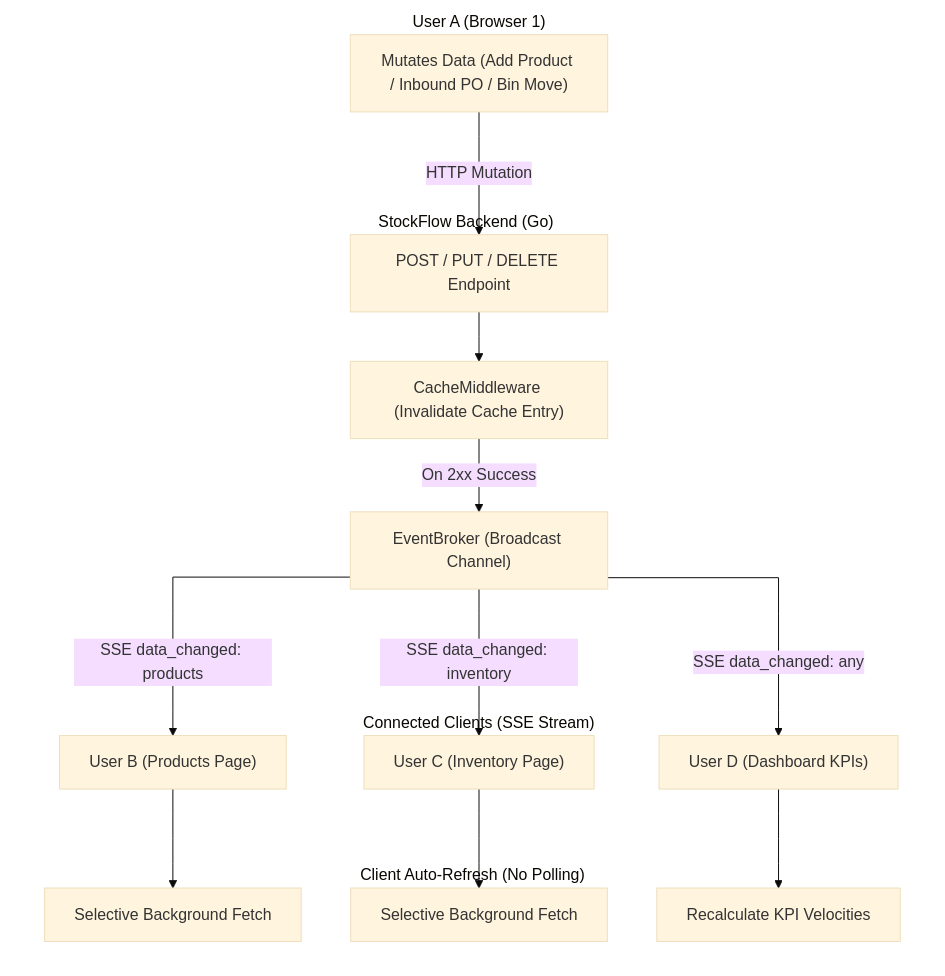
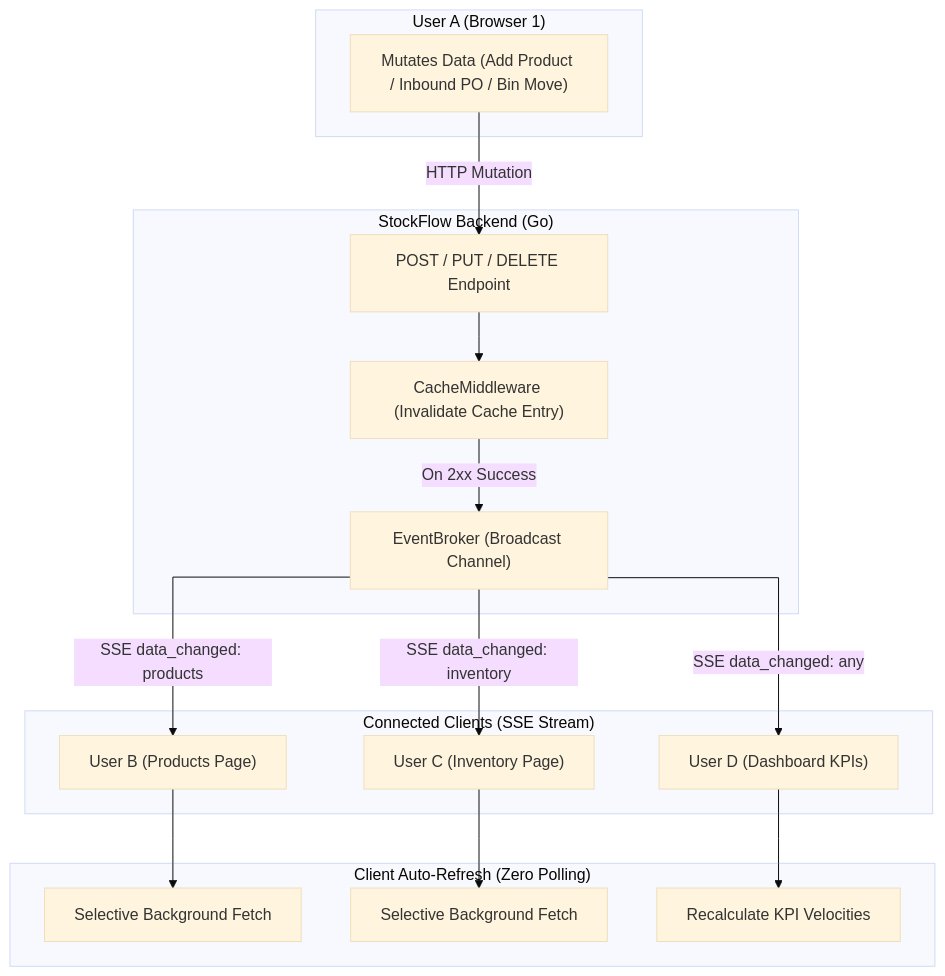
Before and after one commit to RPriago/stockFlow: the third of 3 diagrams in README.md, drawn with Mermaid (base theme). The commit also changed other lines of this file and 2 other files, not shown here.

````diff
--- a/README.md
+++ b/README.md
@@ -138,40 +142,35 @@
 ```mermaid
 %%{init: {"flowchart": {"curve": "stepAfter"}}}%%
 flowchart TD
     subgraph UserA ["User A (Browser 1)"]
         ActionA["Mutates Data (Add Product / Inbound PO / Bin Move)"]
     end
 
     subgraph Backend ["StockFlow Backend (Go)"]
         API["POST / PUT / DELETE Endpoint"]
         CacheLayer["CacheMiddleware (Invalidate Cache Entry)"]
         Broker["EventBroker (Broadcast Channel)"]
         API --> CacheLayer
         CacheLayer -->|"On 2xx Success"| Broker
     end
 
     subgraph Clients ["Connected Clients (SSE Stream)"]
         ClientB["User B (Products Page)"]
         ClientC["User C (Inventory Page)"]
         ClientD["User D (Dashboard KPIs)"]
         Broker -->|"SSE data_changed: products"| ClientB
         Broker -->|"SSE data_changed: inventory"| ClientC
         Broker -->|"SSE data_changed: any"| ClientD
     end
 
-    subgraph ClientSync ["Client Auto-Refresh (No Polling)"]
+    subgraph ClientSync ["Client Auto-Refresh (Zero Polling)"]
         RefetchB["Selective Background Fetch"]
         RefetchC["Selective Background Fetch"]
         RefetchD["Recalculate KPI Velocities"]
         ClientB --> RefetchB
         ClientC --> RefetchC
         ClientD --> RefetchD
     end
 
     ActionA -->|"HTTP Mutation"| API
-
-    style UserA fill:none,stroke:none
-    style Backend fill:none,stroke:none
-    style Clients fill:none,stroke:none
-    style ClientSync fill:none,stroke:none
 ```
````
